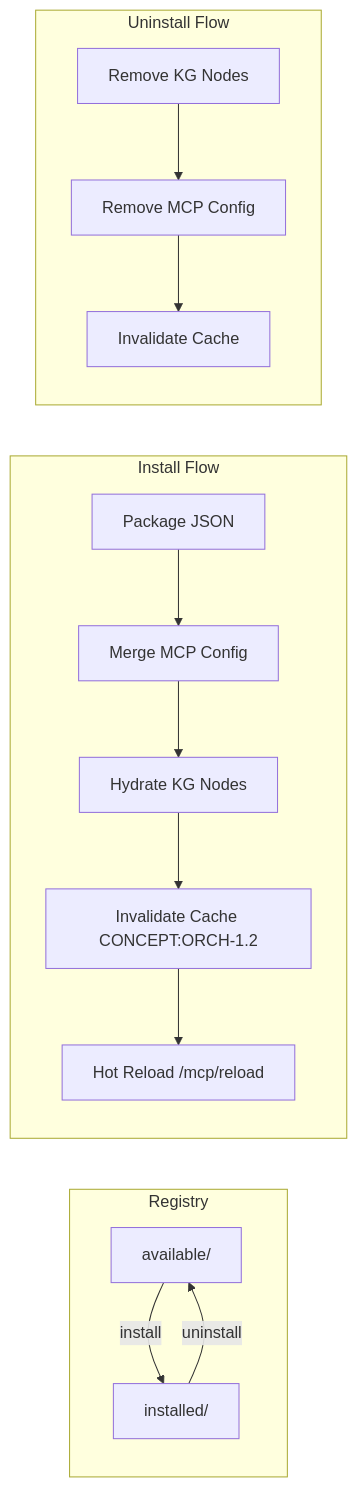
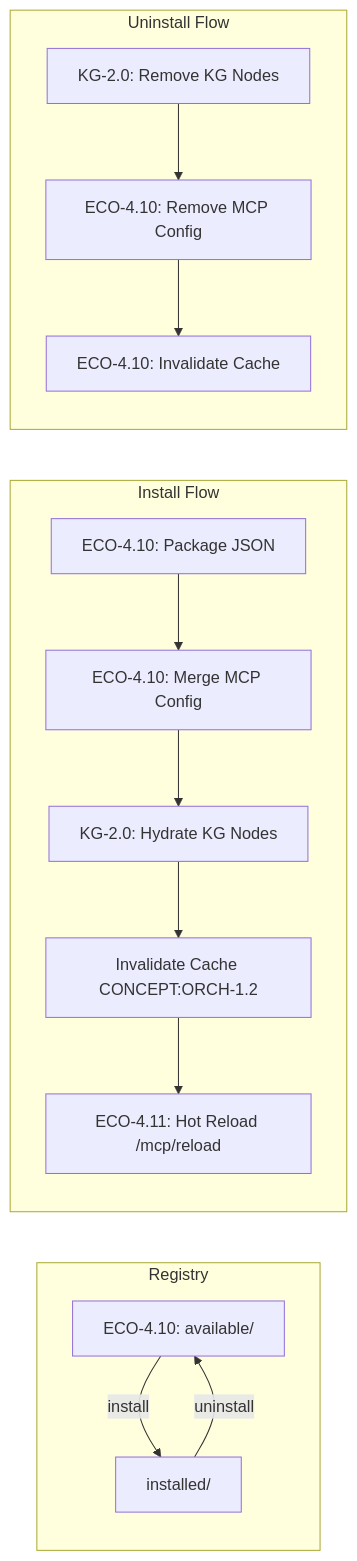
One commit to Knuckles-Team/agent-utilities changed the diagram in docs/guides/agent-registry.md. Above: the diagram before and after it, drawn with Mermaid. The commit also changed 325 other files, not shown here.

````diff
--- a/docs/guides/agent-registry.md
+++ b/docs/guides/agent-registry.md
@@ -13,19 +13,19 @@
 ```mermaid
 flowchart LR
     subgraph Registry
-        AVAIL[available/] --> |install| INSTALLED[installed/]
+        AVAIL[ECO-4.10: available/] --> |install| INSTALLED[installed/]
         INSTALLED --> |uninstall| AVAIL
     end
 
     subgraph Install Flow
-        PKG[Package JSON] --> MCP[Merge MCP Config]
-        MCP --> KG[Hydrate KG Nodes]
+        PKG[ECO-4.10: Package JSON] --> MCP[ECO-4.10: Merge MCP Config]
+        MCP --> KG[KG-2.0: Hydrate KG Nodes]
         KG --> CACHE[Invalidate Cache CONCEPT:ORCH-1.2]
-        CACHE --> RELOAD[Hot Reload /mcp/reload]
+        CACHE --> RELOAD[ECO-4.11: Hot Reload /mcp/reload]
     end
 
     subgraph Uninstall Flow
-        RM_KG[Remove KG Nodes] --> RM_MCP[Remove MCP Config]
-        RM_MCP --> RM_CACHE[Invalidate Cache]
+        RM_KG[KG-2.0: Remove KG Nodes] --> RM_MCP[ECO-4.10: Remove MCP Config]
+        RM_MCP --> RM_CACHE[ECO-4.10: Invalidate Cache]
     end
 ```
````
